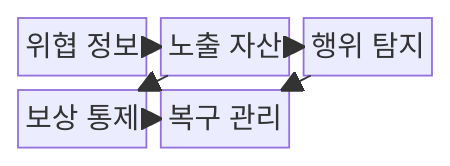
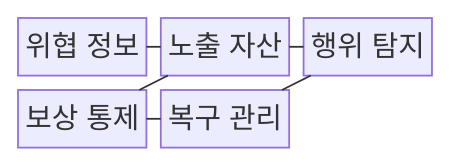
Before and after one commit to agnusdei1207/knowledge-base: the first of 2 diagrams in src/content/docs/notes/05-security/042_zero_day_vulnerability.md, drawn with Mermaid. The commit also changed other lines of this file and 493 other files, not shown here.

````diff
--- a/src/content/docs/notes/05-security/042_zero_day_vulnerability.md
+++ b/src/content/docs/notes/05-security/042_zero_day_vulnerability.md
@@ -65,14 +65,14 @@
 ```mermaid
 block-beta
   columns 3
   A["위협 정보"]
   B["노출 자산"]
   C["행위 탐지"]
   D["보상 통제"]
   E["복구 관리"]
-  A --> B
-  B --> C
-  B --> D
-  C --> E
-  D --> E
+  A --- B
+  B --- C
+  B --- D
+  C --- E
+  D --- E
 ```
````
